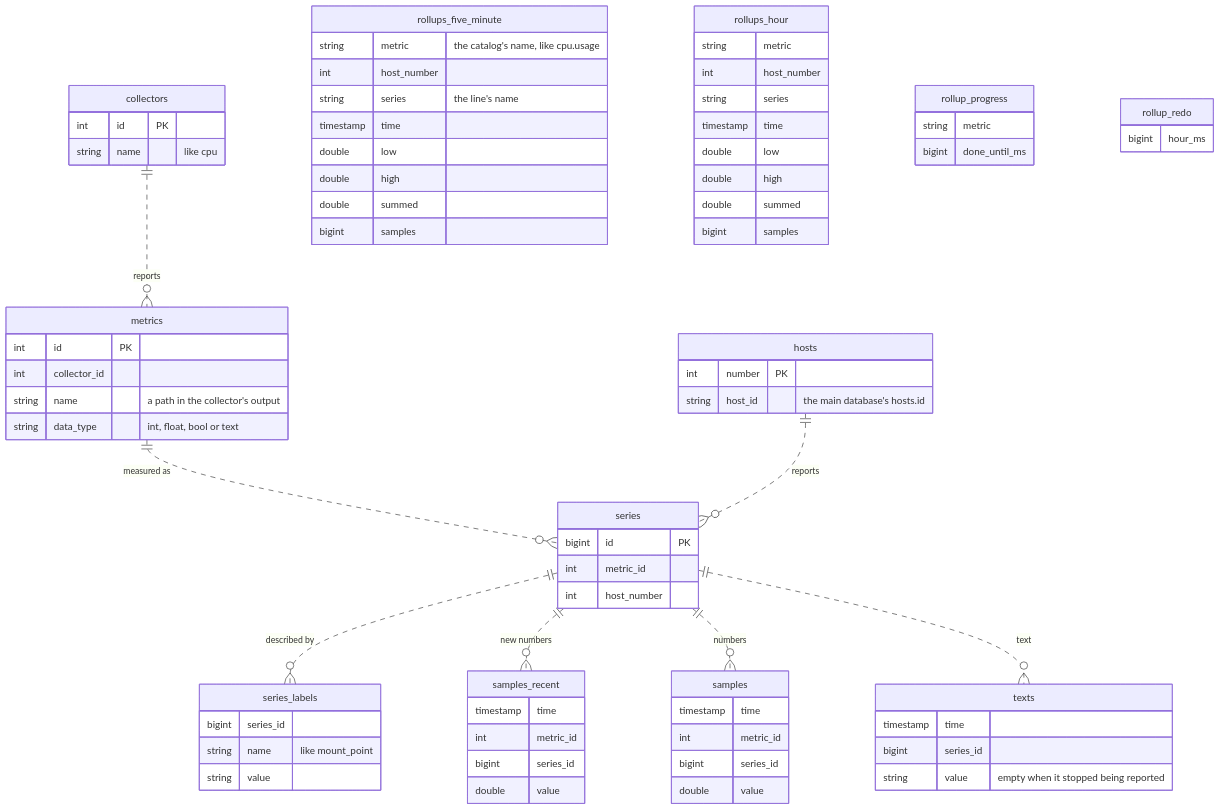
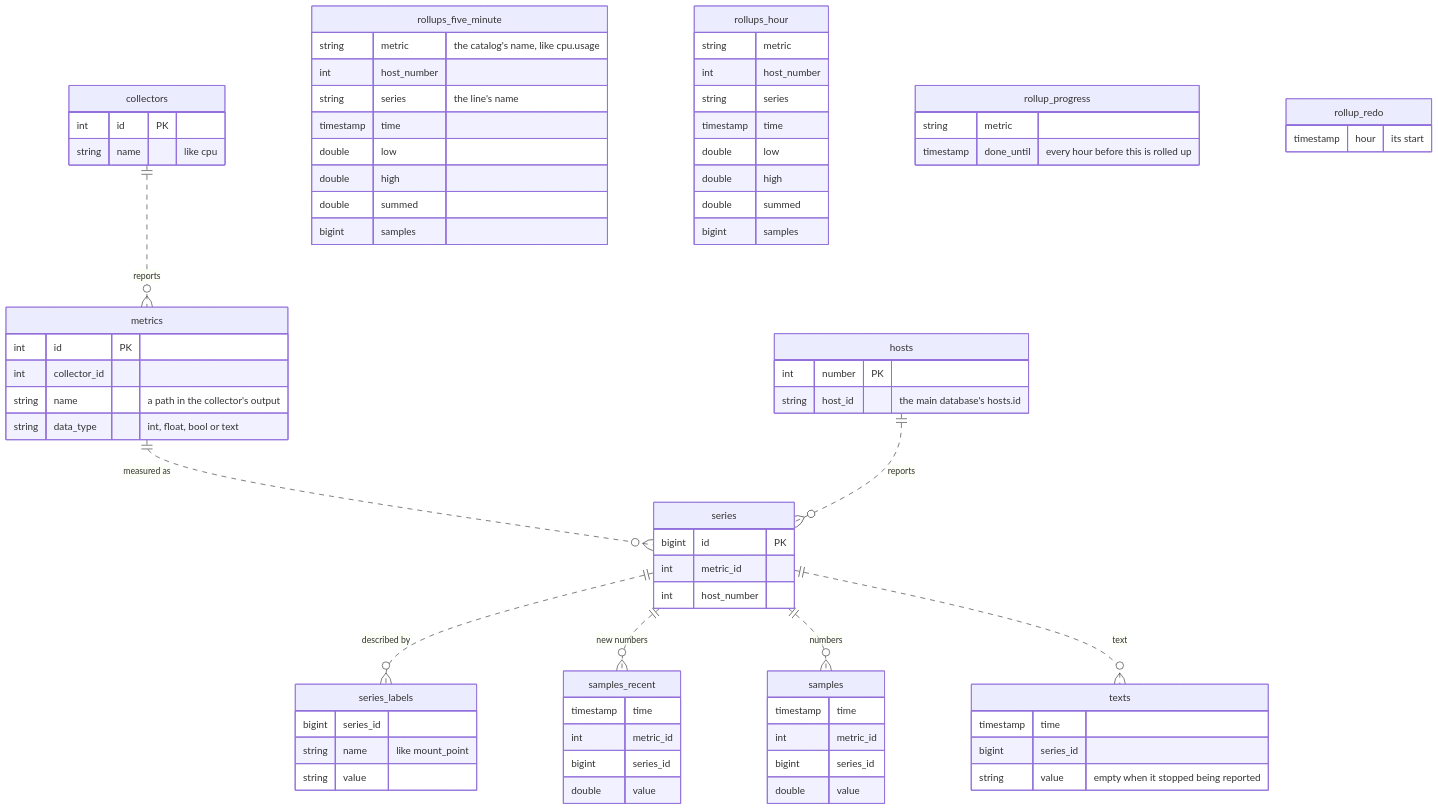
One commit to sfreiberg/maxnines changed the third of 4 diagrams in database/README.md. Above: the diagram before and after it, drawn with Mermaid. The commit also changed other lines of this file and 133 other files, not shown here.

````diff
--- a/database/README.md
+++ b/database/README.md
@@ -467,79 +467,79 @@
 ```mermaid
 erDiagram
     collectors ||..o{ metrics : "reports"
     metrics ||..o{ series : "measured as"
     hosts ||..o{ series : "reports"
     series ||..o{ series_labels : "described by"
     series ||..o{ samples_recent : "new numbers"
     series ||..o{ samples : "numbers"
     series ||..o{ texts : "text"
 
     collectors {
         int id PK
         string name "like cpu"
     }
     metrics {
         int id PK
         int collector_id
         string name "a path in the collector's output"
         string data_type "int, float, bool or text"
     }
     hosts {
         int number PK
         string host_id "the main database's hosts.id"
     }
     series {
         bigint id PK
         int metric_id
         int host_number
     }
     series_labels {
         bigint series_id
         string name "like mount_point"
         string value
     }
     samples_recent {
         timestamp time
         int metric_id
         bigint series_id
         double value
     }
     samples {
         timestamp time
         int metric_id
         bigint series_id
         double value
     }
     texts {
         timestamp time
         bigint series_id
         string value "empty when it stopped being reported"
     }
     rollups_five_minute {
         string metric "the catalog's name, like cpu.usage"
         int host_number
         string series "the line's name"
         timestamp time
         double low
         double high
         double summed
         bigint samples
     }
     rollups_hour {
         string metric
         int host_number
         string series
         timestamp time
         double low
         double high
         double summed
         bigint samples
     }
     rollup_progress {
         string metric
-        bigint done_until_ms
+        timestamp done_until "every hour before this is rolled up"
     }
     rollup_redo {
-        bigint hour_ms
+        timestamp hour "its start"
     }
 ```
````
